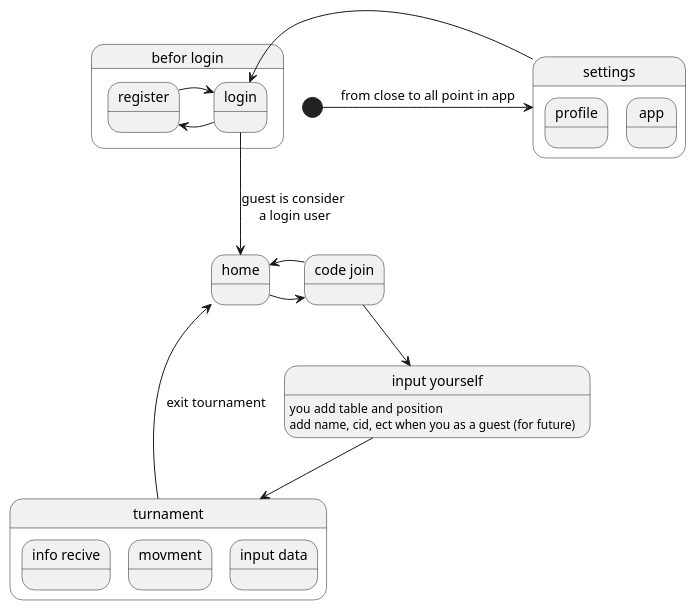
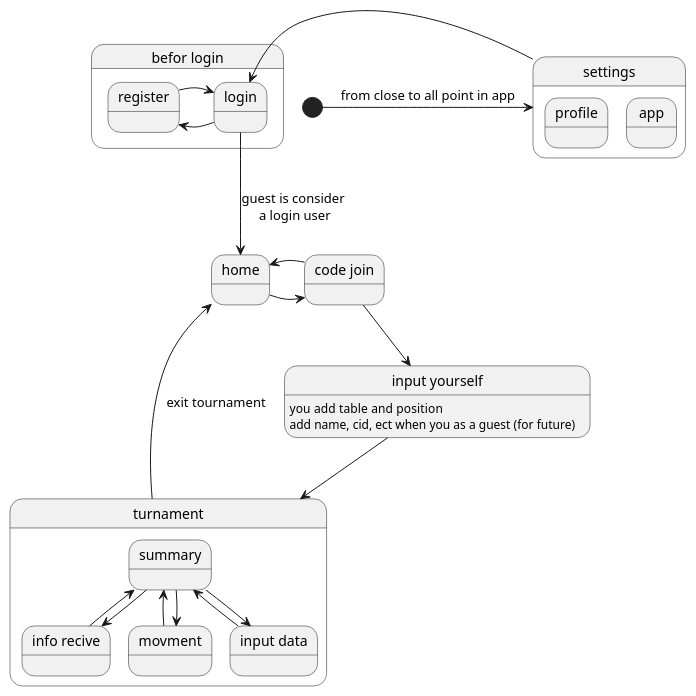
One commit to jarek7410/afmib_mobile changed the diagram in diagrams/screens.puml. Above: the diagram before and after it, drawn with PlantUML.

Commit message:
plantuml done with github action!! #6

```diff
--- a/diagrams/screens.puml
+++ b/diagrams/screens.puml
@@ -1,35 +1,42 @@
 @startuml
 State B as "befor login"{
     state B1 as "login"
     state B2 as "register"
  B1 -> B2
  B2 -> B1
 }
 
 B1 --> A1:guest is consider\n a login user
 'State A as "after login"{
 state A1 as "home"
 state A3 as "code join"
 state C as "settings"{
     state C1 as "profile"
     state C2 as "app"
 }
 [*]->C : from close to all point in app
 state A4 as "input yourself"
       A4 :you add  table and position
       A4 : add name, cid, ect when you as a guest (for future)
 C -> B1
  A3 --> A4
  A4 -->D
  A1 -> A3
  A3 ->A1
  D --> A1 : exit tournament
 state D as "turnament"{
+   state D0 as "summary"
    state D1 as "info recive"
    state D2 as "movment"
    state D3 as "input data"
+   D0 --> D1
+   D0 --> D2
+   D0 --> D3
+   D0 <-- D1
+   D0 <-- D2
+   D0 <-- D3
 }
 
 
 
 @enduml
```
